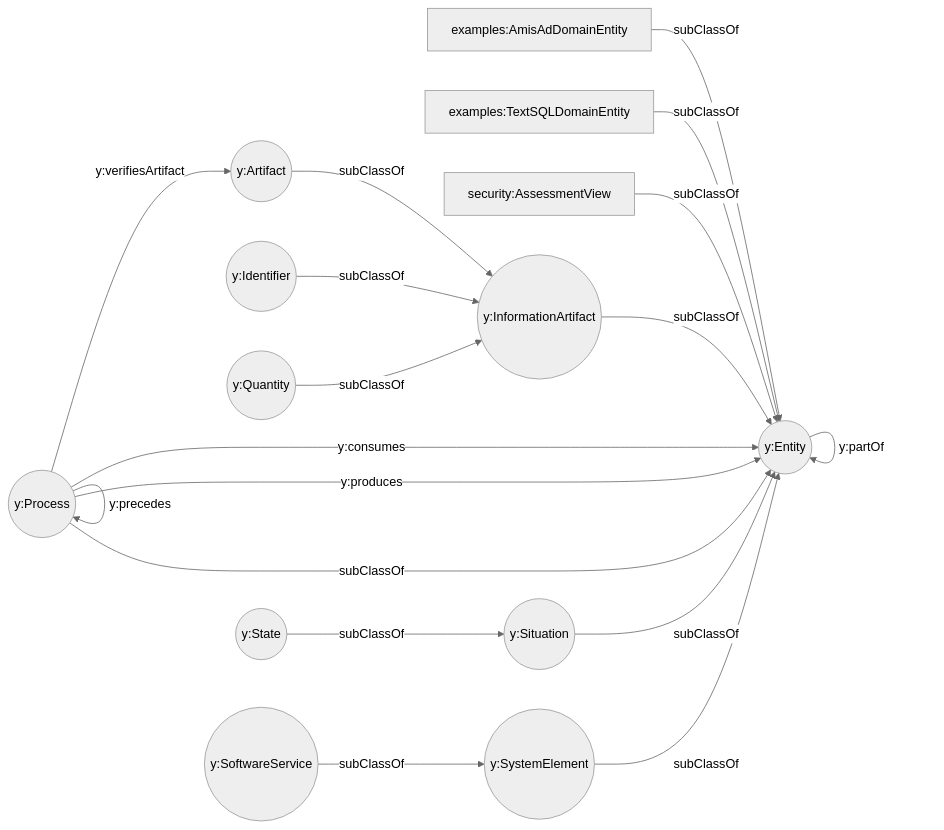
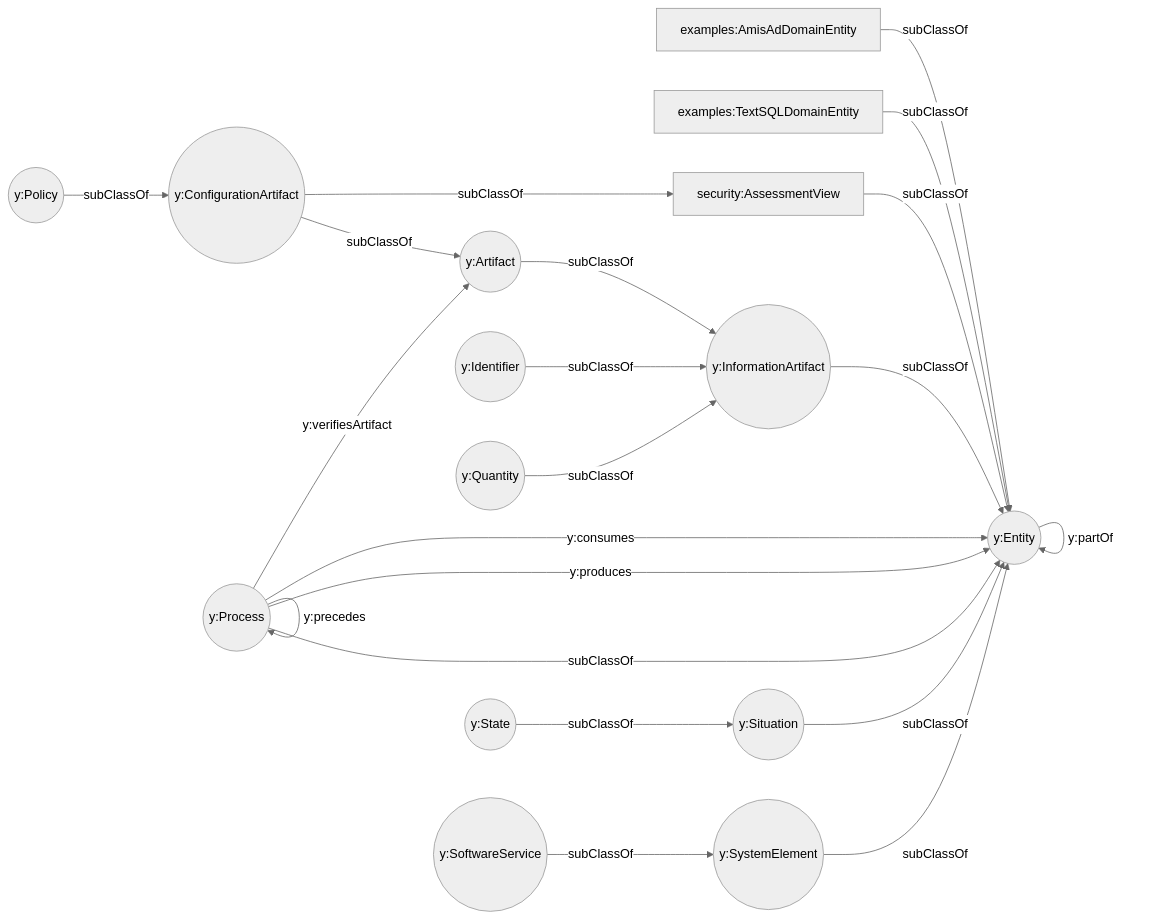
One commit to alissonsol/yuruna changed the diagram in docs/ontology/README.md. Above: the diagram before and after it, drawn with Mermaid (neutral theme). The commit also changed other lines of this file and 1230 other files, not shown here.

````diff
--- a/docs/ontology/README.md
+++ b/docs/ontology/README.md
@@ -42,25 +42,28 @@
 ```mermaid
 %%{init: {"flowchart": {"useMaxWidth": 0}}}%%
 graph LR
 classDef Datatype fill:#9c6,stroke:#9c6;
 examples:AmisAdDomainEntity[examples:AmisAdDomainEntity] -- subClassOf --> y:Entity((y:Entity))
 examples:TextSQLDomainEntity[examples:TextSQLDomainEntity] -- subClassOf --> y:Entity((y:Entity))
 security:AssessmentView[security:AssessmentView] -- subClassOf --> y:Entity((y:Entity))
 y:Artifact((y:Artifact)) -- subClassOf --> y:InformationArtifact((y:InformationArtifact))
+y:ConfigurationArtifact((y:ConfigurationArtifact)) -- subClassOf --> security:AssessmentView[security:AssessmentView]
+y:ConfigurationArtifact((y:ConfigurationArtifact)) -- subClassOf --> y:Artifact((y:Artifact))
 y:Entity -- y:dependsOn --> y:Entity
 y:Entity -- y:hasPart --> y:Entity
 y:Entity -- y:partOf --> y:Entity
 y:Entity((y:Entity))
 y:Identifier((y:Identifier)) -- subClassOf --> y:InformationArtifact((y:InformationArtifact))
 y:InformationArtifact((y:InformationArtifact)) -- subClassOf --> y:Entity((y:Entity))
+y:Policy((y:Policy)) -- subClassOf --> y:ConfigurationArtifact((y:ConfigurationArtifact))
 y:Process -- y:consumes --> y:Entity
 y:Process -- y:precedes --> y:Process
 y:Process -- y:produces --> y:Entity
 y:Process -- y:verifiesArtifact --> y:Artifact
 y:Process((y:Process)) -- subClassOf --> y:Entity((y:Entity))
 y:Quantity((y:Quantity)) -- subClassOf --> y:InformationArtifact((y:InformationArtifact))
 y:Situation((y:Situation)) -- subClassOf --> y:Entity((y:Entity))
 y:SoftwareService((y:SoftwareService)) -- subClassOf --> y:SystemElement((y:SystemElement))
 y:State((y:State)) -- subClassOf --> y:Situation((y:Situation))
 y:SystemElement((y:SystemElement)) -- subClassOf --> y:Entity((y:Entity))
 ```
````
